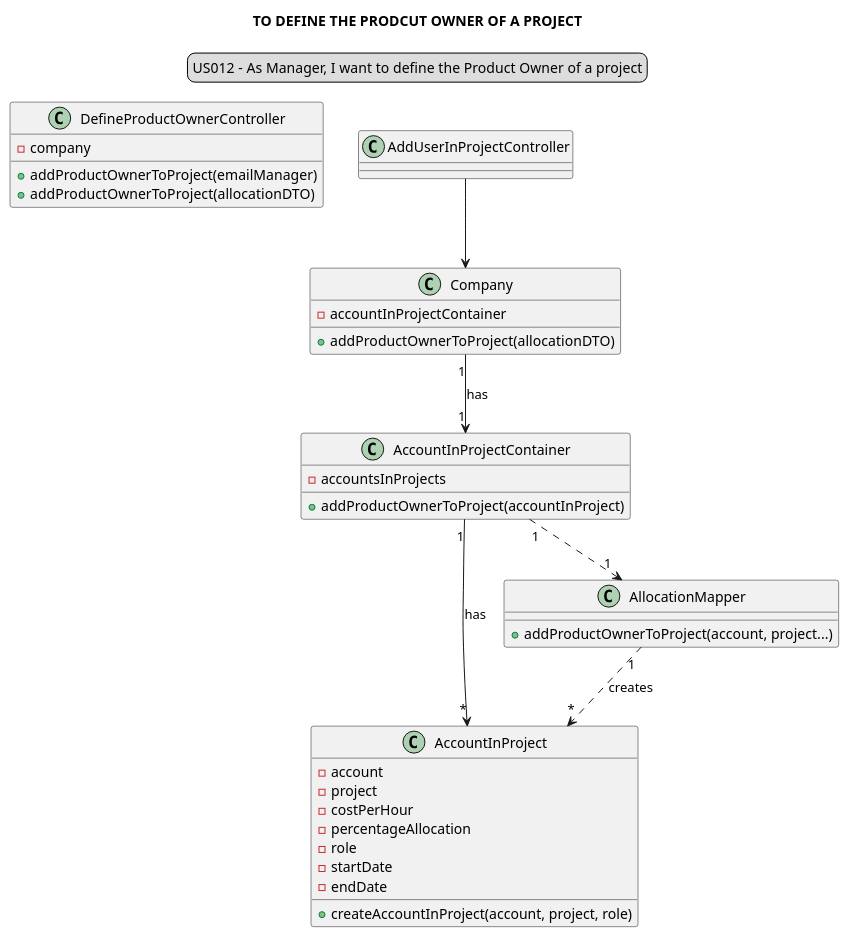
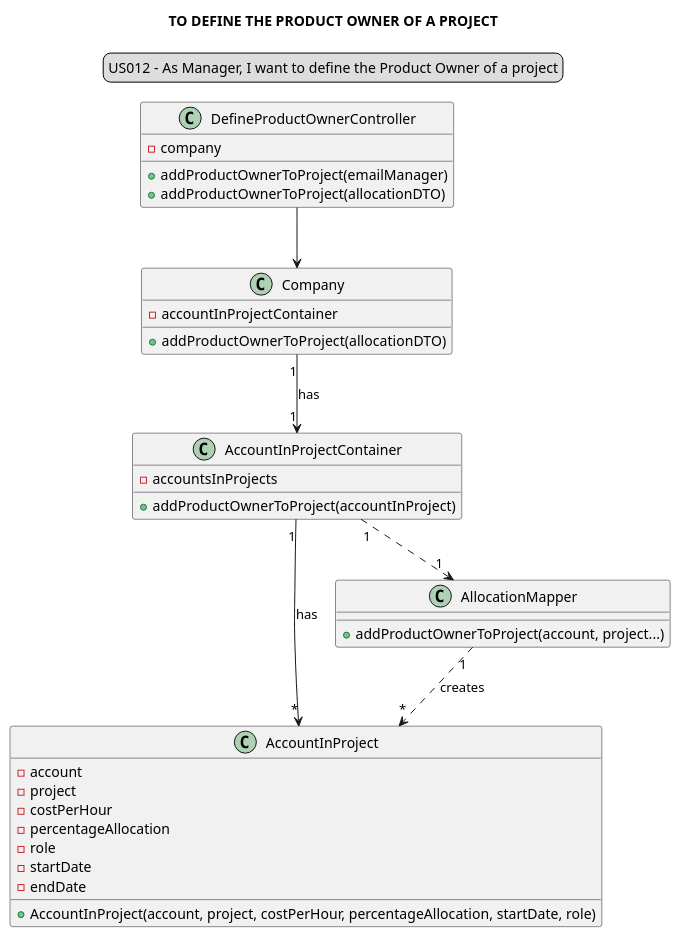
One commit to Loracline/project_switch_22-23 changed the diagram in docs/modelling_design/user_stories/sprint02/us012/US012_classDiagram.puml. Above: the diagram before and after it, drawn with PlantUML. The commit also changed 27 other files, not shown here.

Commit message:
US012: Design: Updated Sequence Diagram. US011-US013: Development: Added methods to associate accounts to projects, and respective tests. Repository organization.

```diff
--- a/docs/modelling_design/user_stories/sprint02/us012/US012_classDiagram.puml
+++ b/docs/modelling_design/user_stories/sprint02/us012/US012_classDiagram.puml
@@ -1,46 +1,46 @@
 @startuml
 
 skinparam sequenceMessageAlign center
-title TO DEFINE THE PRODCUT OWNER OF A PROJECT
+title TO DEFINE THE PRODUCT OWNER OF A PROJECT
 legend top
 US012 - As Manager, I want to define the Product Owner of a project
 end legend
 
 class DefineProductOwnerController {
 -company
 +addProductOwnerToProject(emailManager)
 +addProductOwnerToProject(allocationDTO)
 }
 
 class Company {
 -accountInProjectContainer
 +addProductOwnerToProject(allocationDTO)
 }
 
 class AccountInProject{
 -account
 -project
 -costPerHour
 -percentageAllocation
 -role
 -startDate
 -endDate
-+createAccountInProject(account, project, role)
++AccountInProject(account, project, costPerHour, percentageAllocation, startDate, role)
 }
 
 class AccountInProjectContainer{
 -accountsInProjects
 +addProductOwnerToProject(accountInProject)
 }
 
 class AllocationMapper {
 +addProductOwnerToProject(account, project...)
 }
 
-AddUserInProjectController --> Company
+DefineProductOwnerController --> Company
 Company "1"-->"1" AccountInProjectContainer: has
 AccountInProjectContainer "1"..>"1" AllocationMapper
 AllocationMapper "1"..> "*"AccountInProject: creates
 AccountInProjectContainer "1"--> "*" AccountInProject: has
 
 @enduml
```
